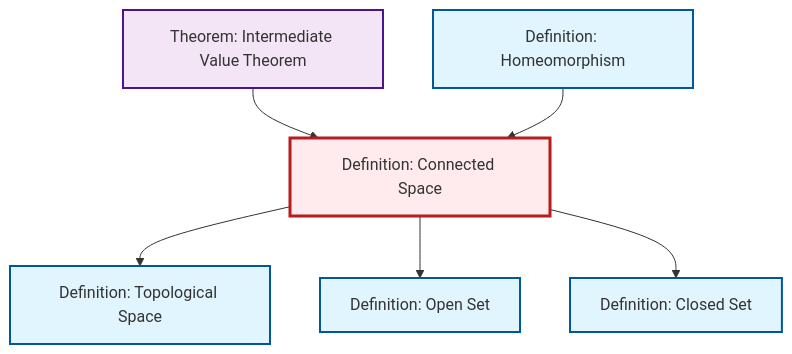
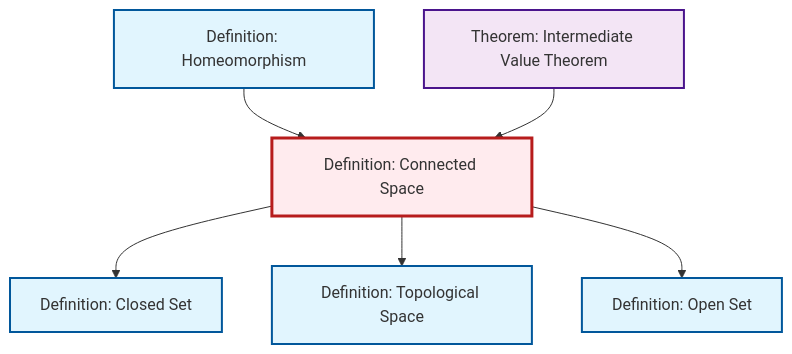
The diagram in content/en/topology/def-connected.qmd (RK0429/ModernMath), drawn with Mermaid before and after one commit. The commit also changed other lines of this file and 491 other files, not shown here.

````diff
--- a/content/en/topology/def-connected.qmd
+++ b/content/en/topology/def-connected.qmd
@@ -49,26 +49,26 @@
 ```{mermaid}
 %%| fig-cap: "Local dependency graph"
 graph TD
     classDef definition fill:#e1f5fe,stroke:#01579b,stroke-width:2px
     classDef theorem fill:#f3e5f5,stroke:#4a148c,stroke-width:2px
     classDef axiom fill:#fff3e0,stroke:#e65100,stroke-width:2px
     classDef example fill:#e8f5e9,stroke:#1b5e20,stroke-width:2px
     classDef current fill:#ffebee,stroke:#b71c1c,stroke-width:3px
     def-closed-set["Definition: Closed Set"]:::definition
-    def-open-set["Definition: Open Set"]:::definition
     thm-intermediate-value["Theorem: Intermediate Value Theorem"]:::theorem
     def-connected["Definition: Connected Space"]:::definition
+    def-topological-space["Definition: Topological Space"]:::definition
+    def-open-set["Definition: Open Set"]:::definition
     def-homeomorphism["Definition: Homeomorphism"]:::definition
-    def-topological-space["Definition: Topological Space"]:::definition
+    def-connected --> def-closed-set
+    def-homeomorphism --> def-connected
     def-connected --> def-topological-space
     def-connected --> def-open-set
     thm-intermediate-value --> def-connected
-    def-connected --> def-closed-set
-    def-homeomorphism --> def-connected
     class def-connected current
     click def-closed-set "def-closed-set.html" "Go to Closed Set definition"
+    click thm-intermediate-value "thm-intermediate-value.html" "Go to Intermediate Value Theorem theorem"
+    click def-topological-space "def-topological-space.html" "Go to Topological Space definition"
     click def-open-set "def-open-set.html" "Go to Open Set definition"
-    click thm-intermediate-value "thm-intermediate-value.html" "Go to Intermediate Value Theorem theorem"
     click def-homeomorphism "def-homeomorphism.html" "Go to Homeomorphism definition"
-    click def-topological-space "def-topological-space.html" "Go to Topological Space definition"
 ```
````
